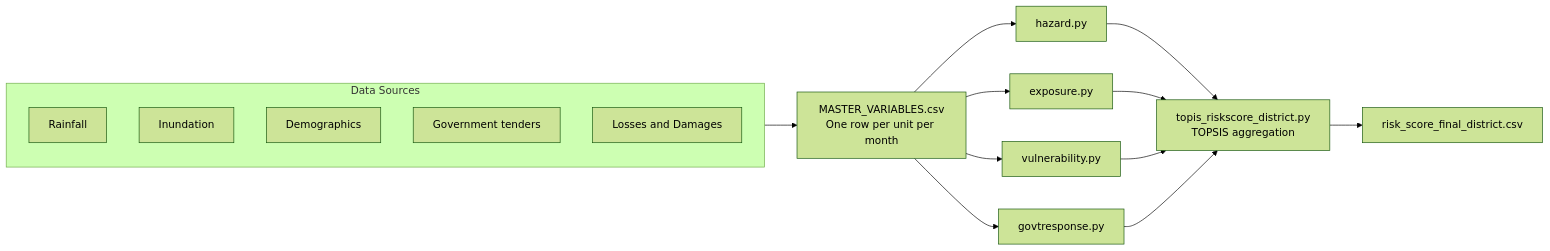
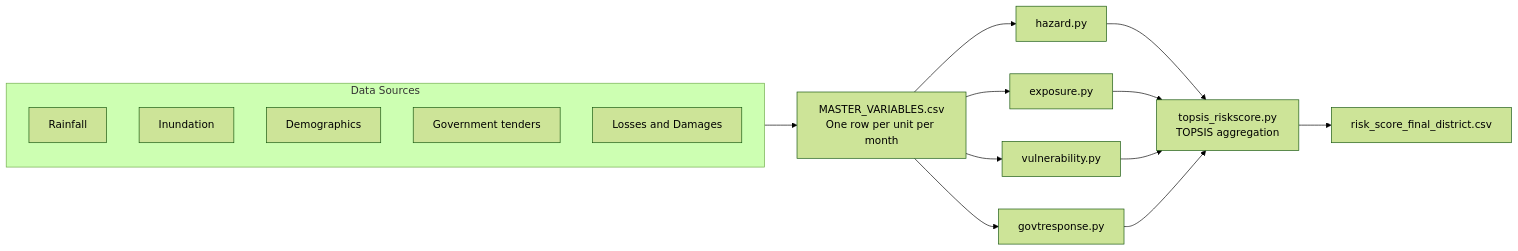
The diagram in README.md (CivicDataLab/risk-score-model-generic), drawn with Mermaid (forest theme) before and after one commit. The commit also changed other lines of this file and 38 other files, not shown here.

````diff
--- a/README.md
+++ b/README.md
@@ -61,24 +61,24 @@
 ```mermaid
 flowchart LR
     subgraph DataLayer [Data Sources]
         S1[Rainfall]
         S2[Inundation]
         S3[Demographics]
         S4[Government tenders]
         S5[Losses and Damages]
     end
 
     DataLayer --> M[MASTER_VARIABLES.csv<br/>One row per unit per month]
 
     M --> H[hazard.py]
     M --> E[exposure.py]
     M --> V[vulnerability.py]
     M --> G[govtresponse.py]
 
-    H --> T[topis_riskscore_district.py<br/>TOPSIS aggregation]
+    H --> T[topsis_riskscore.py<br/>TOPSIS aggregation]
     E --> T
     V --> T
     G --> T
 
     T --> O[risk_score_final_district.csv]
 ```
````
